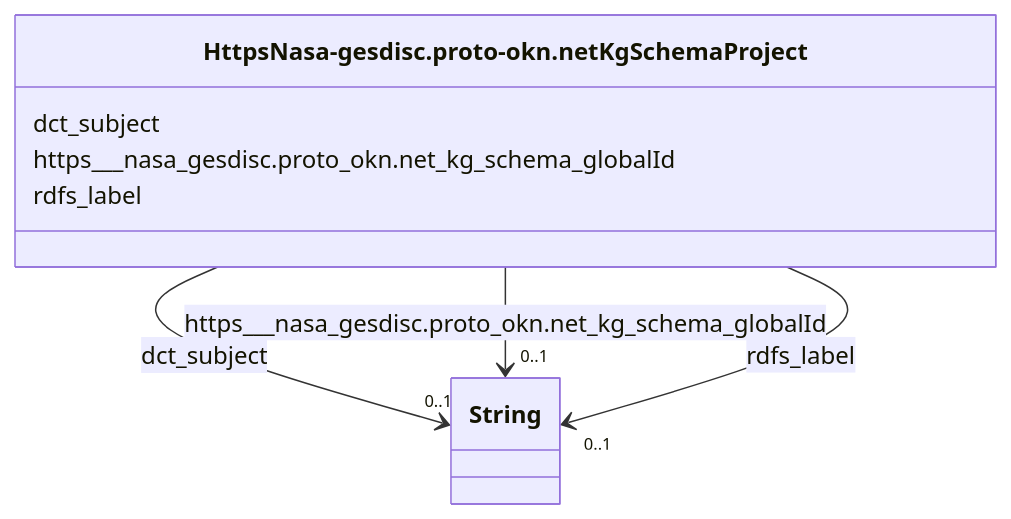
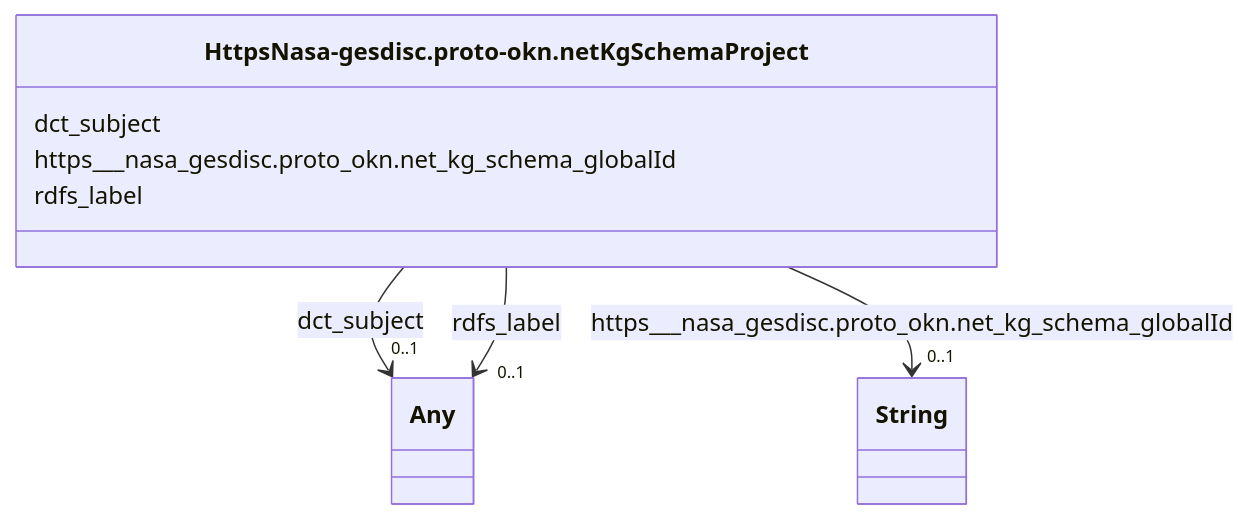
The diagram in nasa-gesdisc/classes/HttpsNasa-gesdisc.proto-okn.netKgSchemaProject.md (frink-okn/graph-descriptions), drawn with Mermaid before and after one commit. The commit also changed other lines of this file and 97 other files, not shown here.

Commit message:
Updated documentation for nasa-gesdisc

````diff
--- a/nasa-gesdisc/classes/HttpsNasa-gesdisc.proto-okn.netKgSchemaProject.md
+++ b/nasa-gesdisc/classes/HttpsNasa-gesdisc.proto-okn.netKgSchemaProject.md
@@ -23,33 +18,33 @@
 ```mermaid
  classDiagram
     class HttpsNasa-gesdisc.proto-okn.netKgSchemaProject
     click HttpsNasa-gesdisc.proto-okn.netKgSchemaProject href "../HttpsNasa-gesdisc.proto-okn.netKgSchemaProject"
       HttpsNasa-gesdisc.proto-okn.netKgSchemaProject : dct_subject
         
           
     
     
-    HttpsNasa-gesdisc.proto-okn.netKgSchemaProject --> "0..1" String : dct_subject
-    click String href "../String"
+    HttpsNasa-gesdisc.proto-okn.netKgSchemaProject --> "0..1" Any : dct_subject
+    click Any href "../Any"
 
         
       HttpsNasa-gesdisc.proto-okn.netKgSchemaProject : https___nasa_gesdisc.proto_okn.net_kg_schema_globalId
         
           
     
     
     HttpsNasa-gesdisc.proto-okn.netKgSchemaProject --> "0..1" String : https___nasa_gesdisc.proto_okn.net_kg_schema_globalId
     click String href "../String"
 
         
       HttpsNasa-gesdisc.proto-okn.netKgSchemaProject : rdfs_label
         
           
     
     
-    HttpsNasa-gesdisc.proto-okn.netKgSchemaProject --> "0..1" String : rdfs_label
-    click String href "../String"
+    HttpsNasa-gesdisc.proto-okn.netKgSchemaProject --> "0..1" Any : rdfs_label
+    click Any href "../Any"
 
         
       
 ```
````
